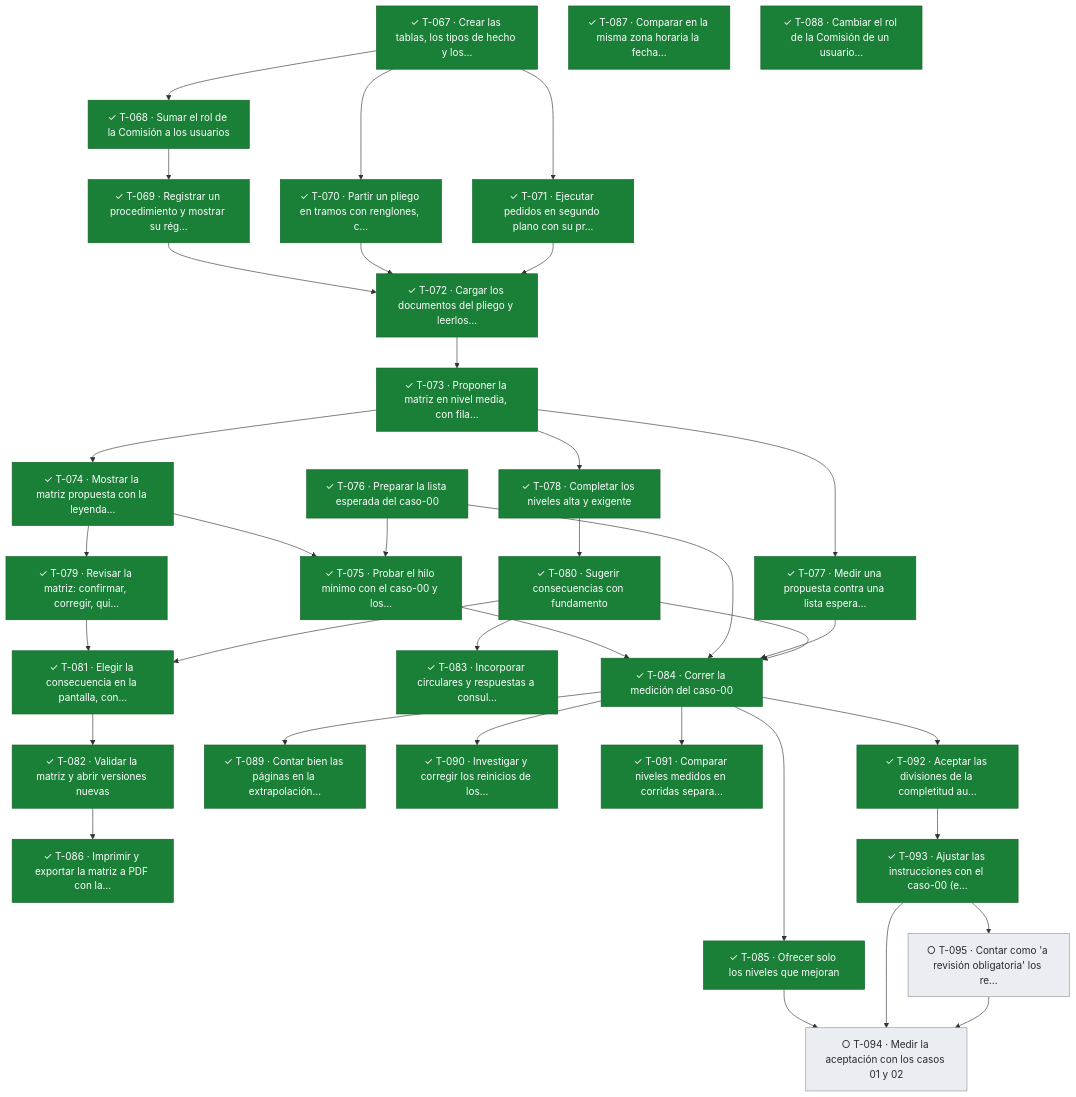
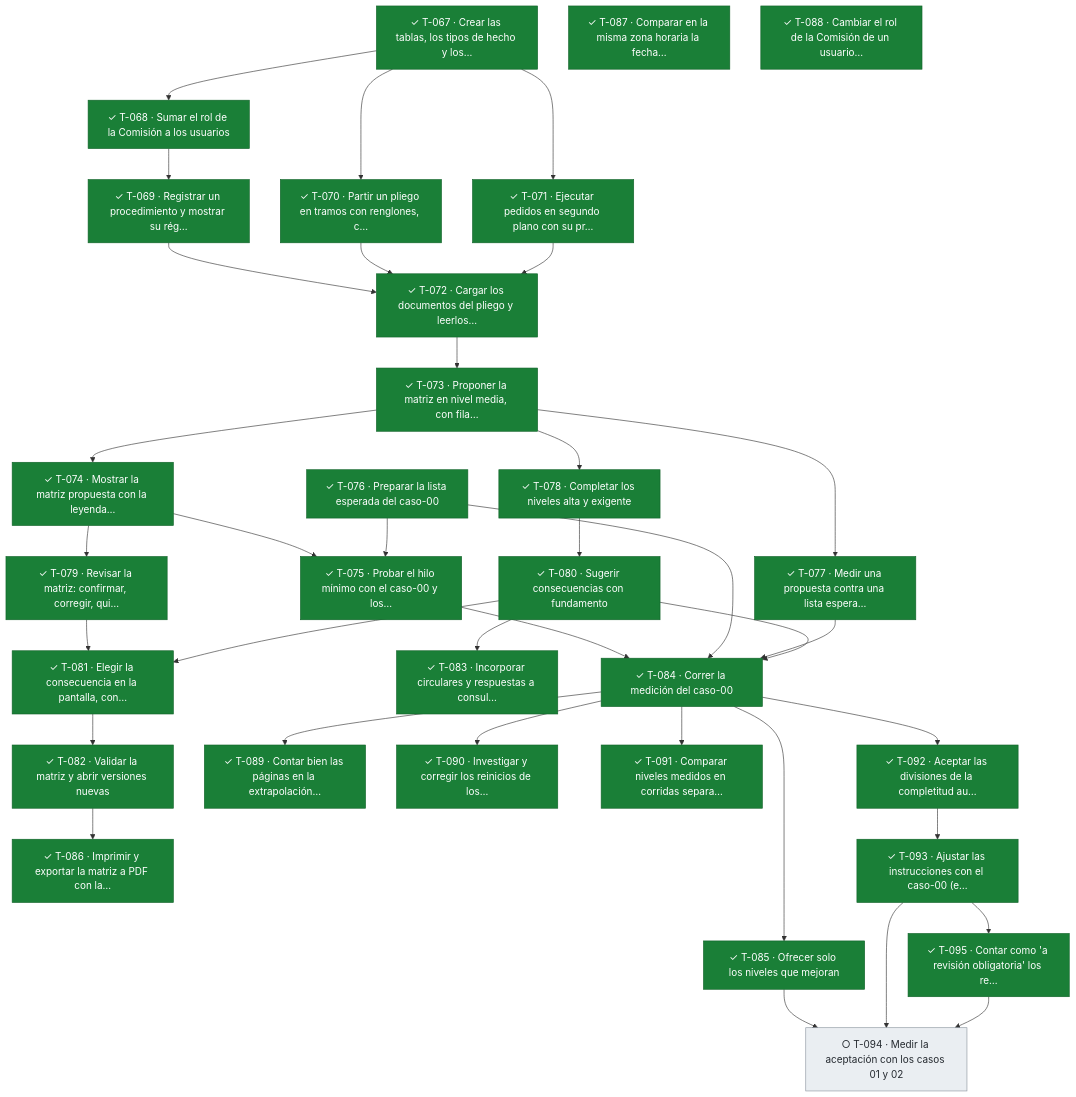
The fifth of 5 diagrams in docs/tablero.md (snavello/EVALUON), drawn with Mermaid before and after one commit. The commit also changed other lines of this file and 1 other file, not shown here.

````diff
--- a/docs/tablero.md
+++ b/docs/tablero.md
@@ -408,71 +408,71 @@
 ```mermaid
 flowchart TD
   T067["✓ T-067 · Crear las tablas, los tipos de hecho y los…"]:::done
   T068["✓ T-068 · Sumar el rol de la Comisión a los usuarios"]:::done
   T069["✓ T-069 · Registrar un procedimiento y mostrar su rég…"]:::done
   T070["✓ T-070 · Partir un pliego en tramos con renglones, c…"]:::done
   T071["✓ T-071 · Ejecutar pedidos en segundo plano con su pr…"]:::done
   T072["✓ T-072 · Cargar los documentos del pliego y leerlos…"]:::done
   T073["✓ T-073 · Proponer la matriz en nivel media, con fila…"]:::done
   T074["✓ T-074 · Mostrar la matriz propuesta con la leyenda…"]:::done
   T075["✓ T-075 · Probar el hilo mínimo con el caso-00 y los…"]:::done
   T076["✓ T-076 · Preparar la lista esperada del caso-00"]:::done
   T077["✓ T-077 · Medir una propuesta contra una lista espera…"]:::done
   T078["✓ T-078 · Completar los niveles alta y exigente"]:::done
   T079["✓ T-079 · Revisar la matriz: confirmar, corregir, qui…"]:::done
   T080["✓ T-080 · Sugerir consecuencias con fundamento"]:::done
   T081["✓ T-081 · Elegir la consecuencia en la pantalla, con…"]:::done
   T082["✓ T-082 · Validar la matriz y abrir versiones nuevas"]:::done
   T083["✓ T-083 · Incorporar circulares y respuestas a consul…"]:::done
   T084["✓ T-084 · Correr la medición del caso-00"]:::done
   T085["✓ T-085 · Ofrecer solo los niveles que mejoran"]:::done
   T086["✓ T-086 · Imprimir y exportar la matriz a PDF con la…"]:::done
   T087["✓ T-087 · Comparar en la misma zona horaria la fecha…"]:::done
   T088["✓ T-088 · Cambiar el rol de la Comisión de un usuario…"]:::done
   T089["✓ T-089 · Contar bien las páginas en la extrapolación…"]:::done
   T090["✓ T-090 · Investigar y corregir los reinicios de los…"]:::done
   T091["✓ T-091 · Comparar niveles medidos en corridas separa…"]:::done
   T092["✓ T-092 · Aceptar las divisiones de la completitud au…"]:::done
   T093["✓ T-093 · Ajustar las instrucciones con el caso-00 (e…"]:::done
   T094["○ T-094 · Medir la aceptación con los casos 01 y 02"]:::todo
-  T095["○ T-095 · Contar como 'a revisión obligatoria' los re…"]:::todo
+  T095["✓ T-095 · Contar como 'a revisión obligatoria' los re…"]:::done
   T067 --> T068
   T068 --> T069
   T067 --> T070
   T067 --> T071
   T069 --> T072
   T070 --> T072
   T071 --> T072
   T072 --> T073
   T073 --> T074
   T074 --> T075
   T076 --> T075
   T073 --> T077
   T073 --> T078
   T074 --> T079
   T078 --> T080
   T079 --> T081
   T080 --> T081
   T081 --> T082
   T080 --> T083
   T075 --> T084
   T076 --> T084
   T077 --> T084
   T080 --> T084
   T084 --> T085
   T082 --> T086
   T084 --> T089
   T084 --> T090
   T084 --> T091
   T084 --> T092
   T092 --> T093
   T085 --> T094
   T093 --> T094
   T095 --> T094
   T093 --> T095
   classDef done fill:#1a7f37,stroke:#116329,color:#ffffff
   classDef review fill:#0969da,stroke:#0550ae,color:#ffffff
   classDef active fill:#bf8700,stroke:#7d4e00,color:#ffffff
   classDef blocked fill:#cf222e,stroke:#a40e26,color:#ffffff
   classDef todo fill:#eaeef2,stroke:#8c959f,color:#24292f
 ```
````
